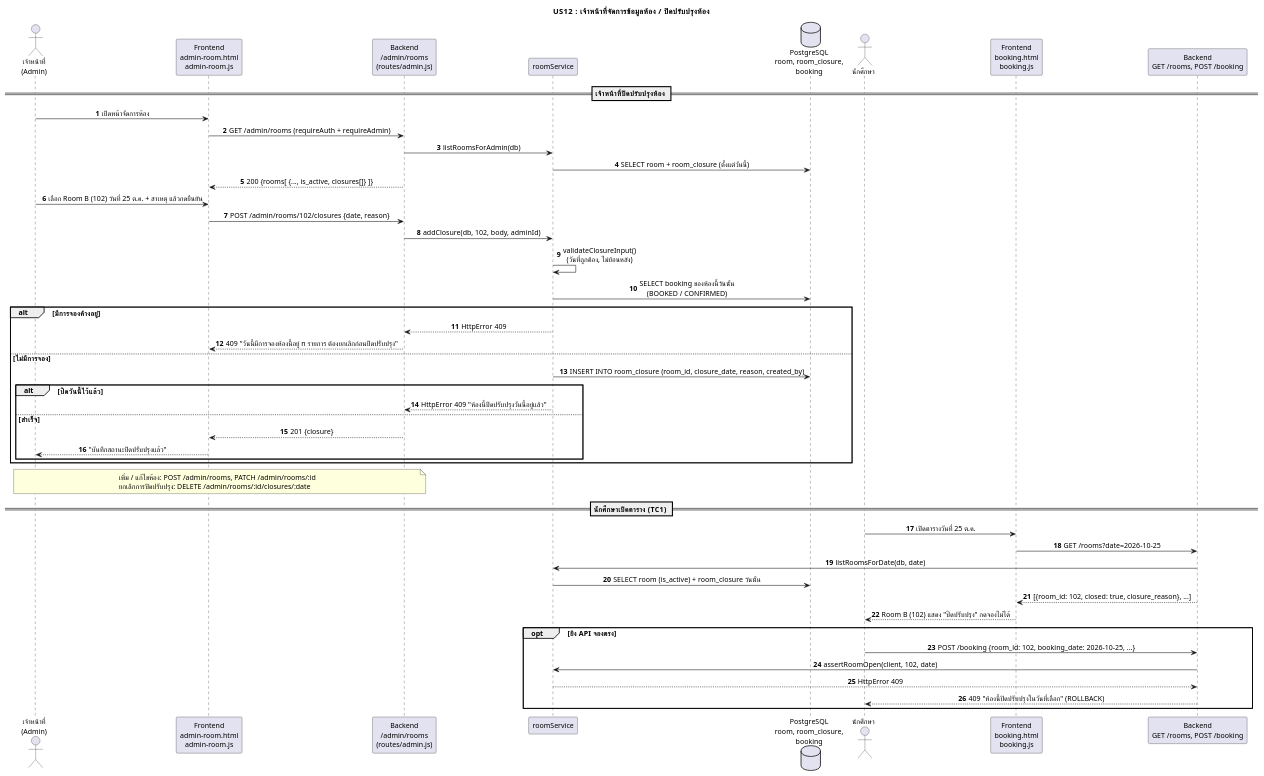
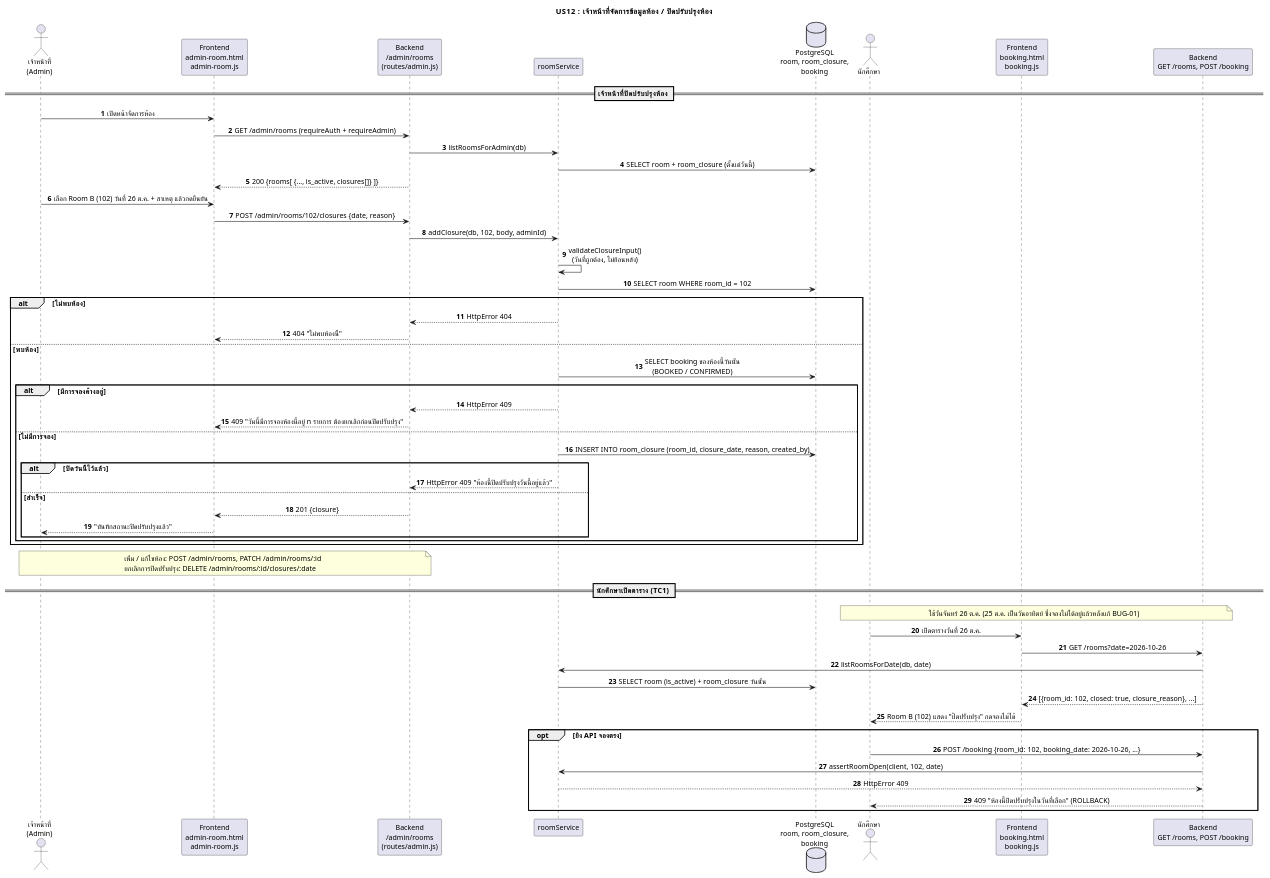
The diagram in docs/design/sequence/US12-room-closure.puml (niairi/cs261_650001_group8), drawn with PlantUML before and after one commit. The commit also changed 3 other files, not shown here.

```diff
--- a/docs/design/sequence/US12-room-closure.puml
+++ b/docs/design/sequence/US12-room-closure.puml
@@ -1,58 +1,65 @@
 @startuml
 skinparam defaultFontName Loma
 skinparam defaultFontSize 13
 skinparam sequenceMessageAlign center
 skinparam responseMessageBelowArrow true
 autonumber
 title US12 : เจ้าหน้าที่จัดการข้อมูลห้อง / ปิดปรับปรุงห้อง
 actor "เจ้าหน้าที่\n(Admin)" as A
 participant "Frontend\nadmin-room.html\nadmin-room.js" as AF
 participant "Backend\n/admin/rooms\n(routes/admin.js)" as AR
 participant "roomService" as RS
 database "PostgreSQL\nroom, room_closure,\nbooking" as DB
 actor "นักศึกษา" as S
 participant "Frontend\nbooking.html\nbooking.js" as SF
 participant "Backend\nGET /rooms, POST /booking" as BR
 
 == เจ้าหน้าที่ปิดปรับปรุงห้อง ==
 A -> AF : เปิดหน้าจัดการห้อง
 AF -> AR : GET /admin/rooms (requireAuth + requireAdmin)
 AR -> RS : listRoomsForAdmin(db)
 RS -> DB : SELECT room + room_closure (ตั้งแต่วันนี้)
 AR --> AF : 200 {rooms[ {..., is_active, closures[]} ]}
-A -> AF : เลือก Room B (102) วันที่ 25 ต.ค. + สาเหตุ แล้วกดยืนยัน
+A -> AF : เลือก Room B (102) วันที่ 26 ต.ค. + สาเหตุ แล้วกดยืนยัน
 AF -> AR : POST /admin/rooms/102/closures {date, reason}
 AR -> RS : addClosure(db, 102, body, adminId)
 RS -> RS : validateClosureInput()\n(วันที่ถูกต้อง, ไม่ย้อนหลัง)
+RS -> DB : SELECT room WHERE room_id = 102
+alt ไม่พบห้อง
+  RS --> AR : HttpError 404
+  AR --> AF : 404 "ไม่พบห้องนี้"
+else พบห้อง
 RS -> DB : SELECT booking ของห้องนี้วันนั้น\n(BOOKED / CONFIRMED)
 alt มีการจองค้างอยู่
   RS --> AR : HttpError 409
   AR --> AF : 409 "วันนี้มีการจองห้องนี้อยู่ n รายการ ต้องยกเลิกก่อนปิดปรับปรุง"
 else ไม่มีการจอง
   RS -> DB : INSERT INTO room_closure (room_id, closure_date, reason, created_by)
   alt ปิดวันนี้ไว้แล้ว
     RS --> AR : HttpError 409 "ห้องนี้ปิดปรับปรุงวันนี้อยู่แล้ว"
   else สำเร็จ
     AR --> AF : 201 {closure}
     AF --> A : "บันทึกสถานะปิดปรับปรุงแล้ว"
   end
 end
+end
 note over A, AR
   เพิ่ม / แก้ไขห้อง: POST /admin/rooms, PATCH /admin/rooms/:id
   ยกเลิกการปิดปรับปรุง: DELETE /admin/rooms/:id/closures/:date
 end note
 
 == นักศึกษาเปิดตาราง (TC1) ==
-S -> SF : เปิดตารางวันที่ 25 ต.ค.
-SF -> BR : GET /rooms?date=2026-10-25
+note over S, BR : ใช้วันจันทร์ 26 ต.ค. (25 ต.ค. เป็นวันอาทิตย์ ซึ่งจองไม่ได้อยู่แล้วหลังแก้ BUG-01)
+S -> SF : เปิดตารางวันที่ 26 ต.ค.
+SF -> BR : GET /rooms?date=2026-10-26
 BR -> RS : listRoomsForDate(db, date)
 RS -> DB : SELECT room (is_active) + room_closure วันนั้น
 BR --> SF : [{room_id: 102, closed: true, closure_reason}, ...]
 SF --> S : Room B (102) แสดง "ปิดปรับปรุง" กดจองไม่ได้
 opt ยิง API จองตรง
-  S -> BR : POST /booking {room_id: 102, booking_date: 2026-10-25, ...}
+  S -> BR : POST /booking {room_id: 102, booking_date: 2026-10-26, ...}
   BR -> RS : assertRoomOpen(client, 102, date)
   RS --> BR : HttpError 409
   BR --> S : 409 "ห้องนี้ปิดปรับปรุงในวันที่เลือก" (ROLLBACK)
 end
 @enduml
```
